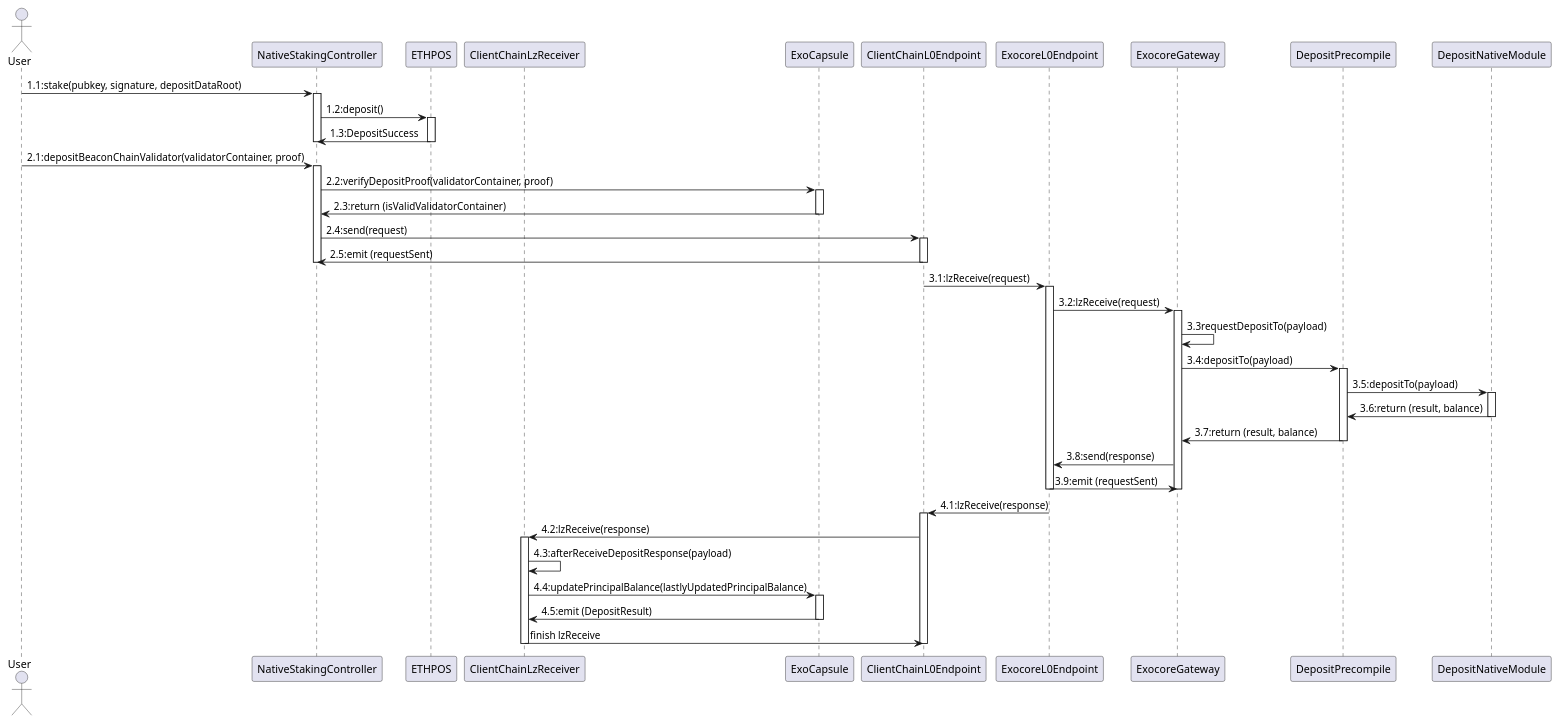
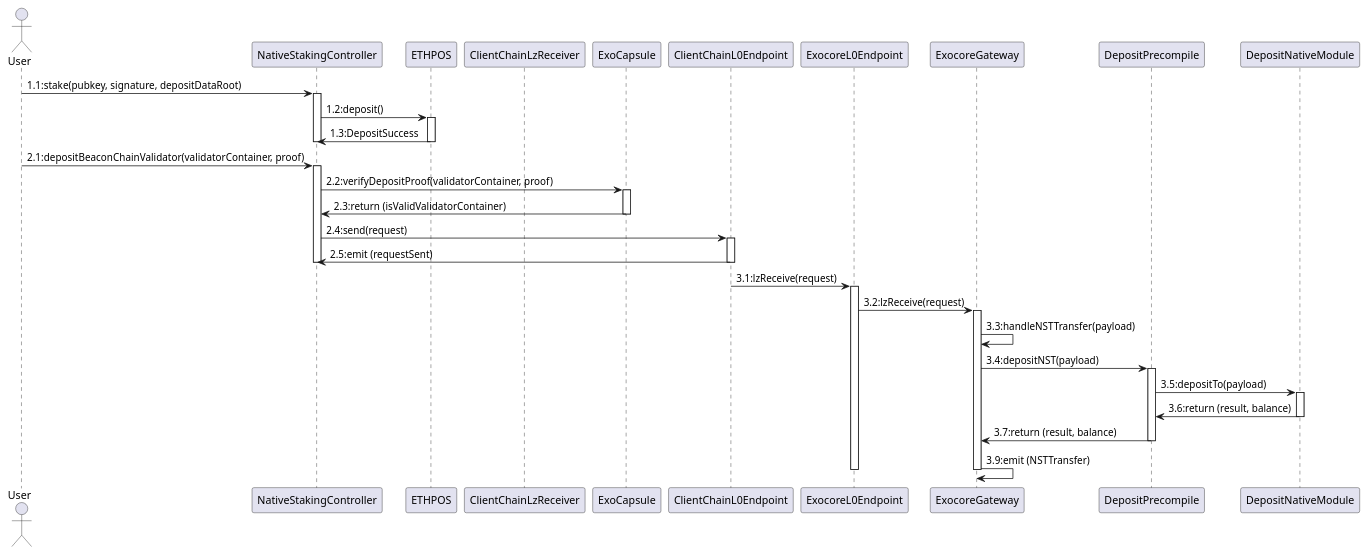
Before and after one commit to ExocoreNetwork/exocore-contracts: the first of 2 diagrams in docs/native_deposit_workflow.wsd, drawn with PlantUML. The commit also changed other lines of this file and 50 other files, not shown here.

First line of the commit message:
refactor: separate NST deposit/withdrawal from LST deposit/withdrawal (#96)

```diff
--- a/docs/native_deposit_workflow.wsd
+++ b/docs/native_deposit_workflow.wsd
@@ -3,62 +3,49 @@
 @startuml
 actor User
 participant NativeStakingController
 participant ETHPOS
 participant ClientChainLzReceiver
 participant ExoCapsule
 participant ClientChainL0Endpoint
 participant ExocoreL0Endpoint
 participant ExocoreGateway
 participant DepositPrecompile
 participant DepositNativeModule
 
 User -> NativeStakingController: 1.1:stake(pubkey, signature, depositDataRoot)
 activate NativeStakingController
 NativeStakingController -> ETHPOS: 1.2:deposit()
 activate ETHPOS
 ETHPOS -> NativeStakingController: 1.3:DepositSuccess
 deactivate ETHPOS
 deactivate NativeStakingController
 
 User -> NativeStakingController: 2.1:depositBeaconChainValidator(validatorContainer, proof)
 activate NativeStakingController
 NativeStakingController -> ExoCapsule: 2.2:verifyDepositProof(validatorContainer, proof)
 activate ExoCapsule
 ExoCapsule -> NativeStakingController: 2.3:return (isValidValidatorContainer)
 deactivate ExoCapsule
 NativeStakingController -> ClientChainL0Endpoint: 2.4:send(request)
 activate ClientChainL0Endpoint
 ClientChainL0Endpoint -> NativeStakingController: 2.5:emit (requestSent)
 deactivate ClientChainL0Endpoint
 deactivate NativeStakingController
 ClientChainL0Endpoint -> ExocoreL0Endpoint: 3.1:lzReceive(request)
 activate ExocoreL0Endpoint
 ExocoreL0Endpoint -> ExocoreGateway: 3.2:lzReceive(request)
 activate ExocoreGateway
-ExocoreGateway -> ExocoreGateway: 3.3requestDepositTo(payload)
-ExocoreGateway -> DepositPrecompile: 3.4:depositTo(payload)
+ExocoreGateway -> ExocoreGateway: 3.3:handleNSTTransfer(payload)
+ExocoreGateway -> DepositPrecompile: 3.4:depositNST(payload)
 activate DepositPrecompile
 DepositPrecompile -> DepositNativeModule: 3.5:depositTo(payload)
 activate DepositNativeModule
 DepositNativeModule -> DepositPrecompile: 3.6:return (result, balance)
 deactivate DepositNativeModule
 DepositPrecompile -> ExocoreGateway: 3.7:return (result, balance)
 deactivate DepositPrecompile
-ExocoreGateway -> ExocoreL0Endpoint: 3.8:send(response)
-ExocoreL0Endpoint -> ExocoreGateway: 3.9:emit (requestSent)
+ExocoreGateway -> ExocoreGateway: 3.9:emit (NSTTransfer)
 deactivate ExocoreGateway
 deactivate ExocoreL0Endpoint
-ExocoreL0Endpoint -> ClientChainL0Endpoint: 4.1:lzReceive(response)
-activate ClientChainL0Endpoint
-ClientChainL0Endpoint -> ClientChainLzReceiver: 4.2:lzReceive(response)
-activate ClientChainLzReceiver
-ClientChainLzReceiver -> ClientChainLzReceiver: 4.3:afterReceiveDepositResponse(payload)
-ClientChainLzReceiver -> ExoCapsule: 4.4:updatePrincipalBalance(lastlyUpdatedPrincipalBalance)
-activate ExoCapsule
-ExoCapsule -> ClientChainLzReceiver: 4.5:emit (DepositResult)
-deactivate ExoCapsule
-ClientChainLzReceiver -> ClientChainL0Endpoint: finish lzReceive
-deactivate ClientChainLzReceiver
-deactivate ClientChainL0Endpoint
 
 @enduml
```
